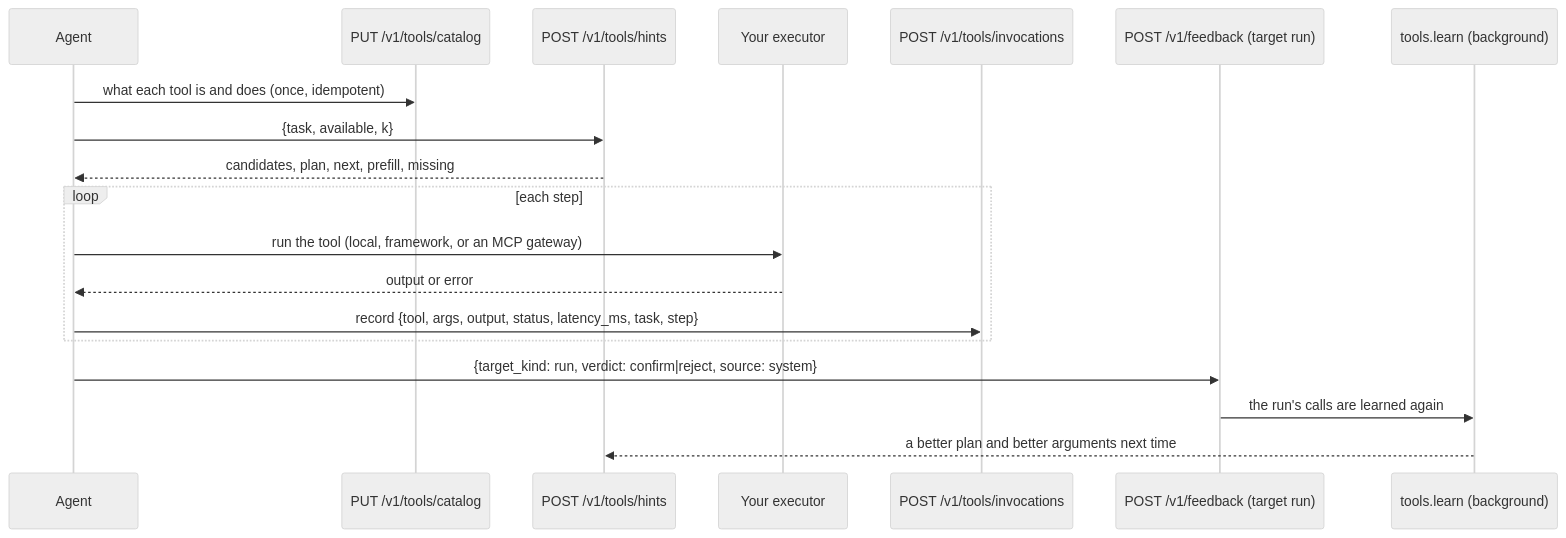
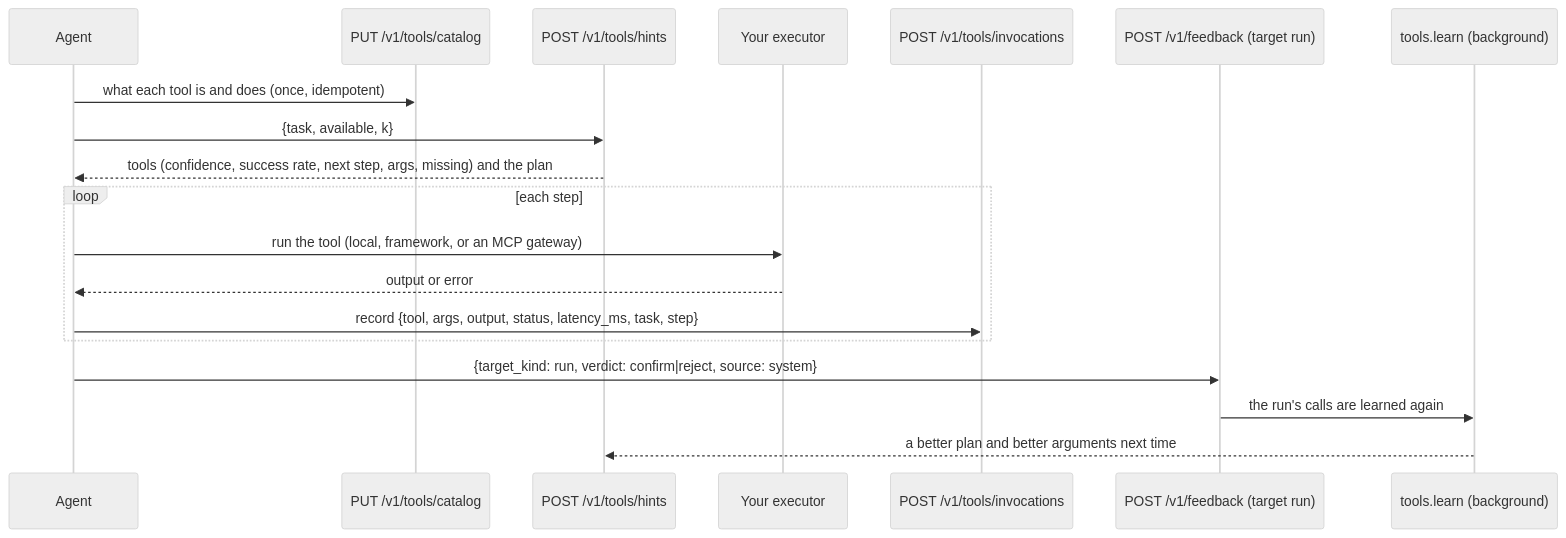
Before and after one commit to amitmohapatra/agent-memory-service: the first of 2 diagrams in docs/api/tools.md, drawn with Mermaid (neutral theme). The commit also changed other lines of this file and 29 other files, not shown here.

````diff
--- a/docs/api/tools.md
+++ b/docs/api/tools.md
@@ -11,21 +11,21 @@
 ```mermaid
 sequenceDiagram
   participant A as Agent
   participant C as PUT /v1/tools/catalog
   participant H as POST /v1/tools/hints
   participant X as Your executor
   participant I as POST /v1/tools/invocations
   participant O as POST /v1/feedback (target run)
   participant L as tools.learn (background)
   A->>C: what each tool is and does (once, idempotent)
   A->>H: {task, available, k}
-  H-->>A: candidates, plan, next, prefill, missing
+  H-->>A: tools (confidence, success rate, next step, args, missing) and the plan
   loop each step
     A->>X: run the tool (local, framework, or an MCP gateway)
     X-->>A: output or error
     A->>I: record {tool, args, output, status, latency_ms, task, step}
   end
   A->>O: {target_kind: run, verdict: confirm|reject, source: system}
   O->>L: the run's calls are learned again
   L-->>H: a better plan and better arguments next time
 ```
````
